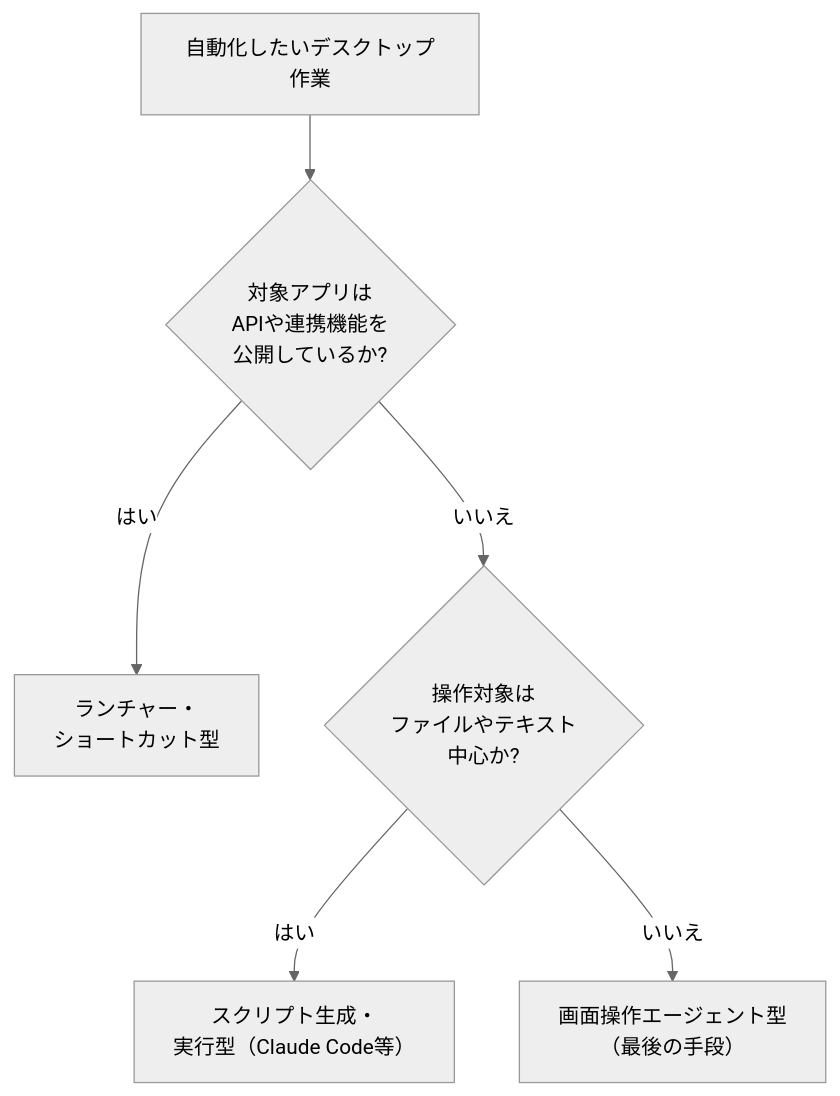
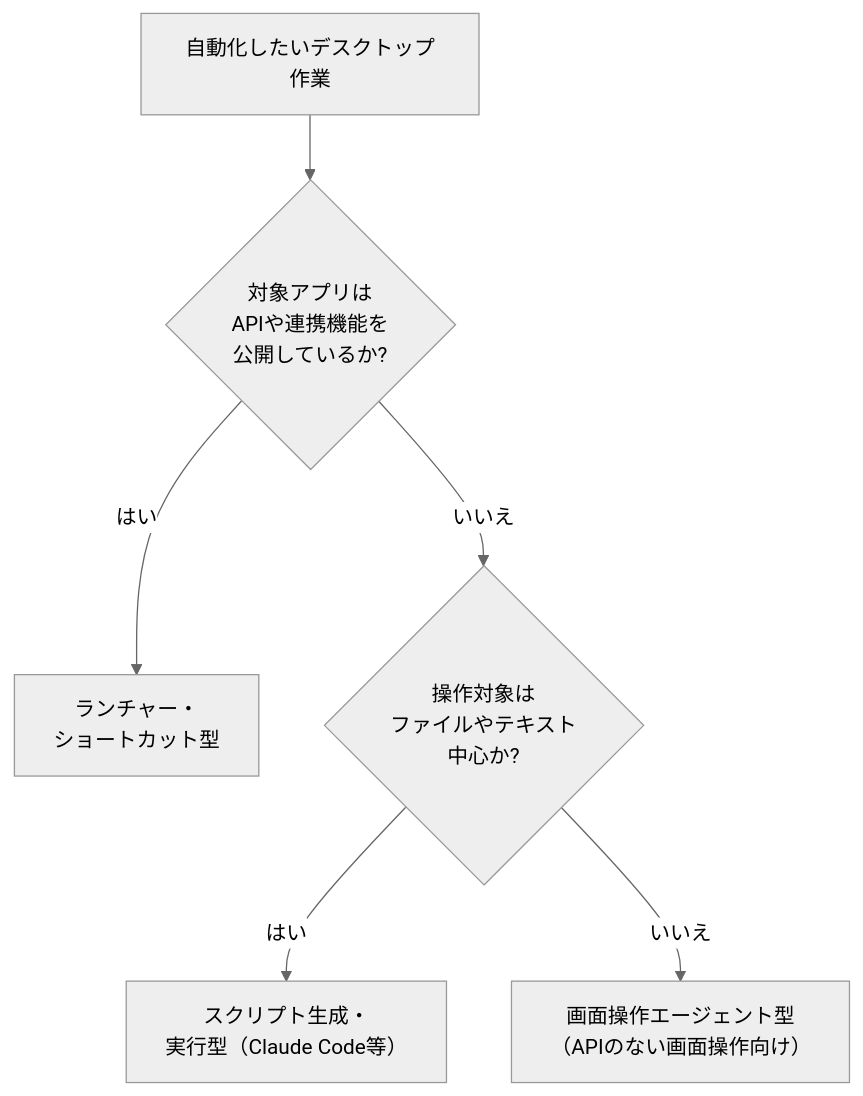
Before and after one commit to ma2saka/docs-claude-sample: the third of 3 diagrams in docs/appendix-desktop-automation.md, drawn with Mermaid (neutral theme). The commit also changed other lines of this file, not shown here.

````diff
--- a/docs/appendix-desktop-automation.md
+++ b/docs/appendix-desktop-automation.md
@@ -90,8 +90,8 @@
 ```mermaid
 flowchart TD
     S[自動化したいデスクトップ作業] --> Q1{対象アプリは<br/>APIや連携機能を<br/>公開しているか?}
     Q1 -- はい --> L1[ランチャー・<br/>ショートカット型]
     Q1 -- いいえ --> Q2{操作対象は<br/>ファイルやテキスト<br/>中心か?}
     Q2 -- はい --> L3[スクリプト生成・<br/>実行型（Claude Code等）]
-    Q2 -- いいえ --> L2[画面操作エージェント型<br/>（最後の手段）]
+    Q2 -- いいえ --> L2[画面操作エージェント型<br/>（APIのない画面操作向け）]
 ```
````
